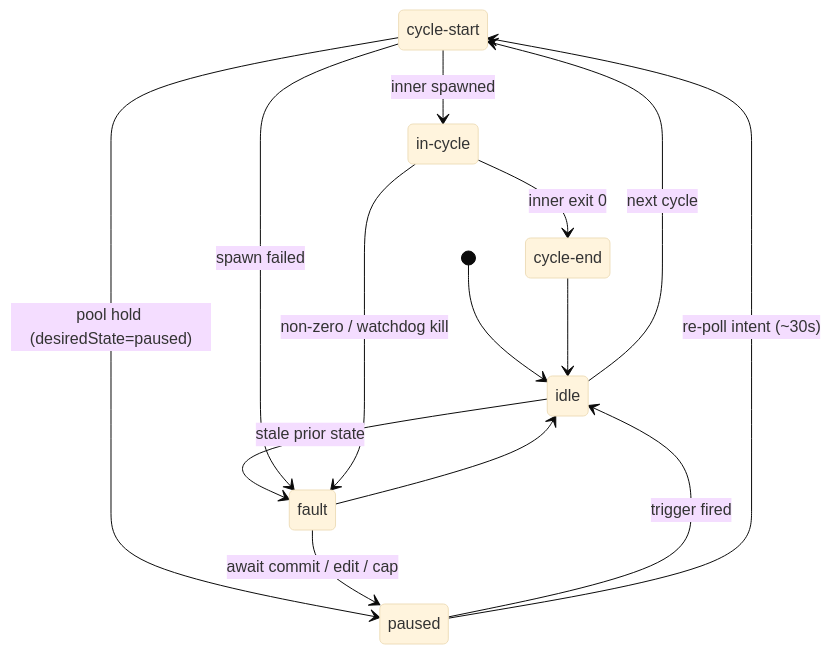
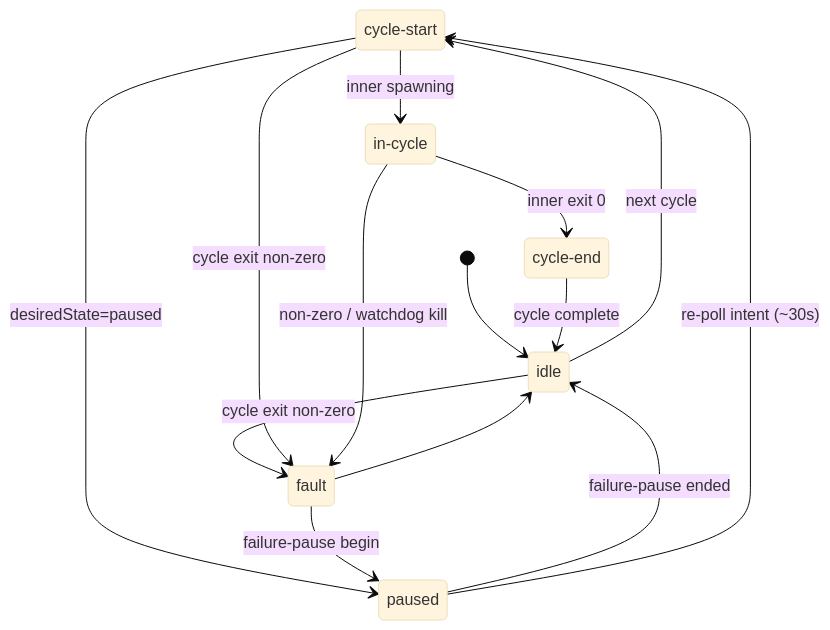
Before and after one commit to alissonsol/yuruna: the first of 2 diagrams in docs/design/04-lifecycle-state.md, drawn with Mermaid (base theme). The commit also changed other lines of this file and 536 other files, not shown here.

````diff
--- a/docs/design/04-lifecycle-state.md
+++ b/docs/design/04-lifecycle-state.md
@@ -16,19 +18,19 @@
 ```mermaid
 stateDiagram-v2
     state "cycle-start" as cycle_start
     state "in-cycle" as in_cycle
     state "cycle-end" as cycle_end
     [*] --> idle
     idle --> cycle_start : next cycle
-    idle --> fault : stale prior state
-    cycle_start --> in_cycle : inner spawned
-    cycle_start --> fault : spawn failed
-    cycle_start --> paused : pool hold (desiredState=paused)
+    idle --> fault : cycle exit non-zero
+    cycle_start --> in_cycle : inner spawning
+    cycle_start --> fault : cycle exit non-zero
+    cycle_start --> paused : desiredState=paused
     in_cycle --> cycle_end : inner exit 0
     in_cycle --> fault : non-zero / watchdog kill
-    cycle_end --> idle
-    fault --> paused : await commit / edit / cap
+    cycle_end --> idle : cycle complete
+    fault --> paused : failure-pause begin
     fault --> idle
-    paused --> idle : trigger fired
+    paused --> idle : failure-pause ended
     paused --> cycle_start : re-poll intent (~30s)
 ```
````
